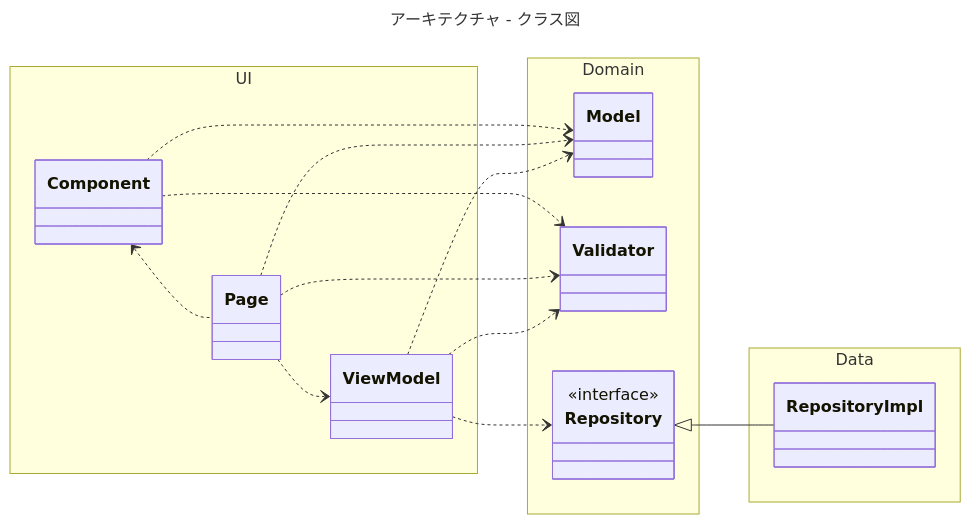
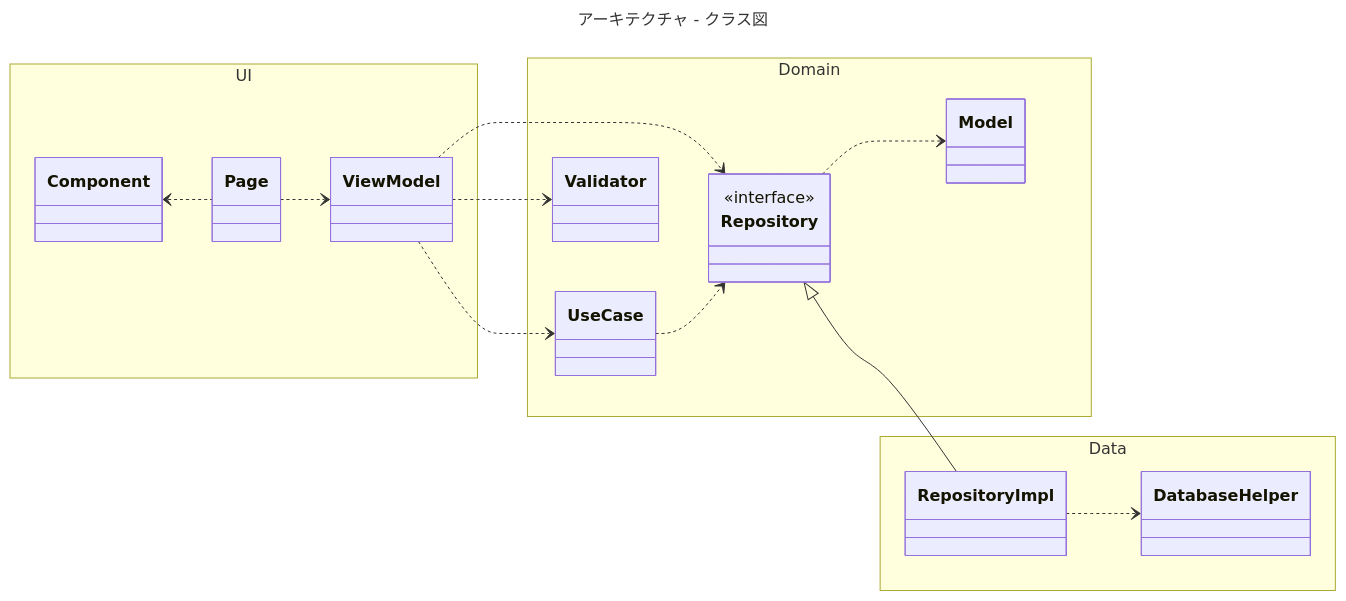
One commit to r-k-ishizaka/todo_app_flutter changed the diagram in README.md. Above: the diagram before and after it, drawn with Mermaid.

Commit message:
README のアーキテクチャを更新

````diff
--- a/README.md
+++ b/README.md
@@ -8,40 +8,43 @@
 ```mermaid
 ---
 title: アーキテクチャ - クラス図
 ---
 classDiagram
   direction LR
     Component <.. Page
-    Component ..> Model
-    Component ..> Validator
     Page ..> ViewModel
-    Page ..> Model
-    Page ..> Validator
     ViewModel ..> Repository
+    ViewModel ..> UseCase
     ViewModel ..> Validator
-    ViewModel ..> Model
+    UseCase ..> Repository
+    Repository ..> Model
     Repository <|-- RepositoryImpl
+    RepositoryImpl ..> DatabaseHelper
 
     namespace UI {
       class Component {
       }
       class Page{
       }
       class ViewModel{
       }
     }
     namespace Domain {
       class Repository{
         <<interface>>
       }
+      class UseCase{
+      }
       class Validator{
       }
       class Model {
       }
     }
     namespace Data {
       class RepositoryImpl{
       }
+      class DatabaseHelper{
+      }
     }
 
 ```
````
